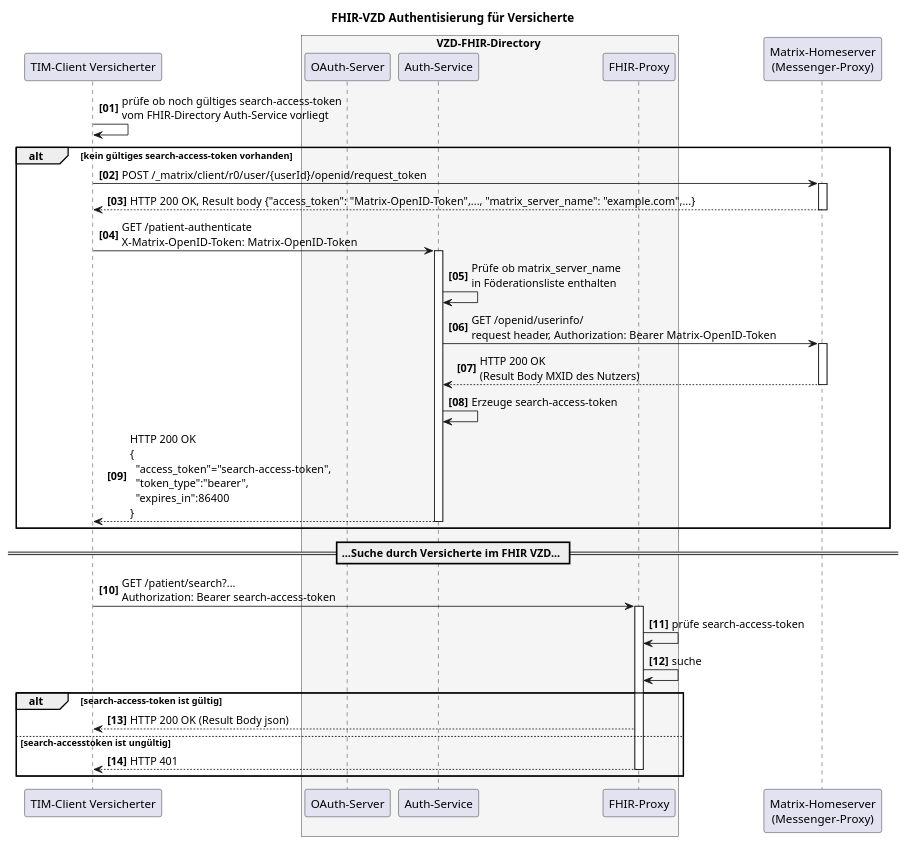
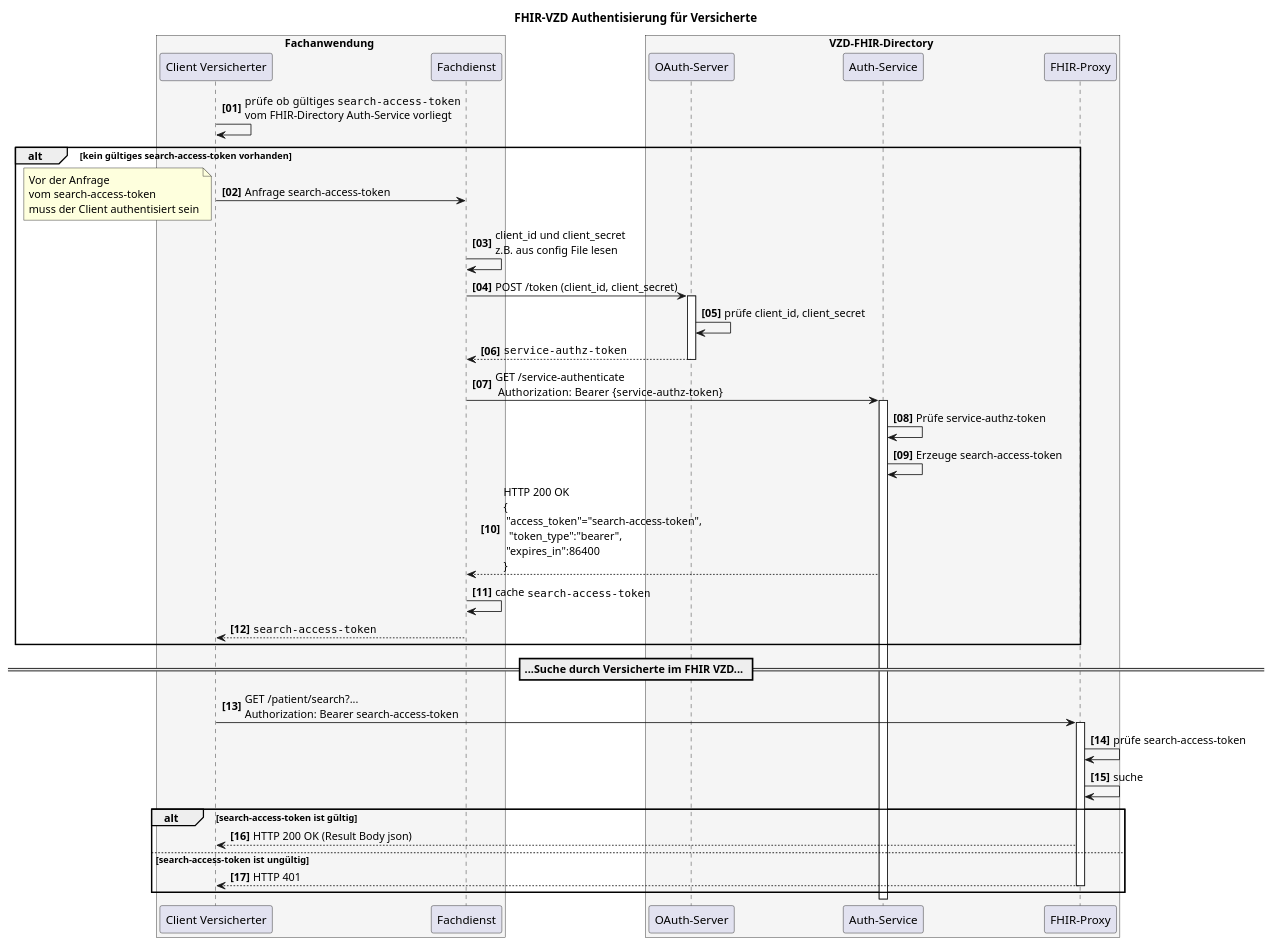
The diagram in src/plantuml/SequenceDiagram.FHIR-Directory.fdv.search.tim.puml (gematik/api-vzd), drawn with PlantUML before and after one commit.

```diff
--- a/src/plantuml/SequenceDiagram.FHIR-Directory.fdv.search.tim.puml
+++ b/src/plantuml/SequenceDiagram.FHIR-Directory.fdv.search.tim.puml
@@ -1,51 +1,58 @@
 @startuml
 autonumber 1 1 "<b>[00]"
 title "FHIR-VZD Authentisierung für Versicherte"
 
-participant VClient as "TIM-Client Versicherter"
+
+box Fachanwendung #WhiteSmoke
+    participant VClient as "Client Versicherter"
+    participant FDienst as "Fachdienst"
+end box
 
 box VZD-FHIR-Directory #WhiteSmoke
     participant "OAuth-Server" as VzdOAuth
     participant "Auth-Service" as VzdAuth
     participant fp as "FHIR-Proxy"
 end box
 
-participant hs as "Matrix-Homeserver\n(Messenger-Proxy)"
 
-VClient-> VClient: prüfe ob noch gültiges search-access-token\nvom FHIR-Directory Auth-Service vorliegt
+
+VClient-> VClient: prüfe ob  gültiges ""search-access-token""\nvom FHIR-Directory Auth-Service vorliegt
+
 
 alt kein gültiges search-access-token vorhanden
-   VClient-> hs: POST /_matrix/client/r0/user/{userId}/openid/request_token
-   activate hs
-   hs --> VClient: HTTP 200 OK, Result body {"access_token": "Matrix-OpenID-Token",..., "matrix_server_name": "example.com",...}
-   deactivate hs
+   VClient-> FDienst: Anfrage search-access-token
 
-   VClient->VzdAuth++: GET /patient-authenticate \nX-Matrix-OpenID-Token: Matrix-OpenID-Token
+note left: Vor der Anfrage\nvom search-access-token\nmuss der Client authentisiert sein
 
-   VzdAuth-> VzdAuth: Prüfe ob matrix_server_name\nin Föderationsliste enthalten
-   VzdAuth-> hs: GET /openid/userinfo/\nrequest header, Authorization: Bearer Matrix-OpenID-Token
-   activate hs
-   hs --> VzdAuth: HTTP 200 OK\n(Result Body MXID des Nutzers)
-   deactivate hs
+   
+   FDienst -> FDienst: client_id und client_secret\nz.B. aus config File lesen
+   FDienst ->VzdOAuth++: POST /token (client_id, client_secret)
+   VzdOAuth->VzdOAuth: prüfe client_id, client_secret
+   VzdOAuth-->FDienst--: ""service-authz-token""
+
+   FDienst->VzdAuth++: GET /service-authenticate \n Authorization:   Bearer {service-authz-token}
+
+   VzdAuth->VzdAuth: Prüfe service-authz-token
+
    VzdAuth->VzdAuth: Erzeuge search-access-token
-   VzdAuth--> VClient: HTTP 200 OK\n{\n  "access_token"="search-access-token",\n  "token_type":"bearer",\n  "expires_in":86400\n}
-   deactivate VzdAuth
+   VzdAuth-->FDienst: HTTP 200 OK\n{\n "access_token"="search-access-token",\n  "token_type":"bearer",\n "expires_in":86400\n}
 
+   FDienst->FDienst: cache ""search-access-token""
 
+   FDienst-->VClient: ""search-access-token""
 end
 
 == ...Suche durch Versicherte im FHIR VZD... ==
 
-VClient -> fp: GET /patient/search?...\nAuthorization: Bearer search-access-token
+VClient -> fp: GET /patient/search?... \nAuthorization: Bearer search-access-token
 activate fp
 fp -> fp: prüfe search-access-token
 fp -> fp: suche
-
 alt search-access-token ist gültig
    fp --> VClient : HTTP 200 OK (Result Body json)
- else search-accesstoken ist ungültig
+ else search-access-token ist ungültig
    fp --> VClient : HTTP 401
    deactivate fp
 end
 
 @enduml
```
